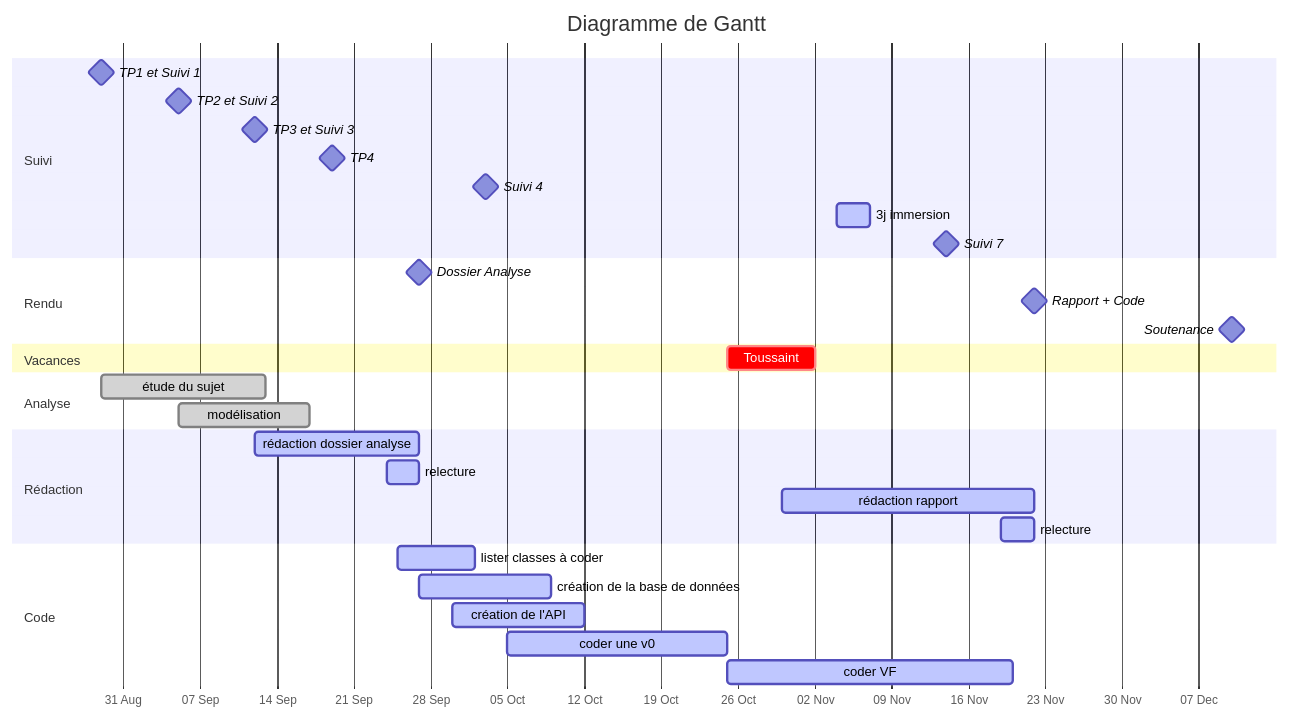
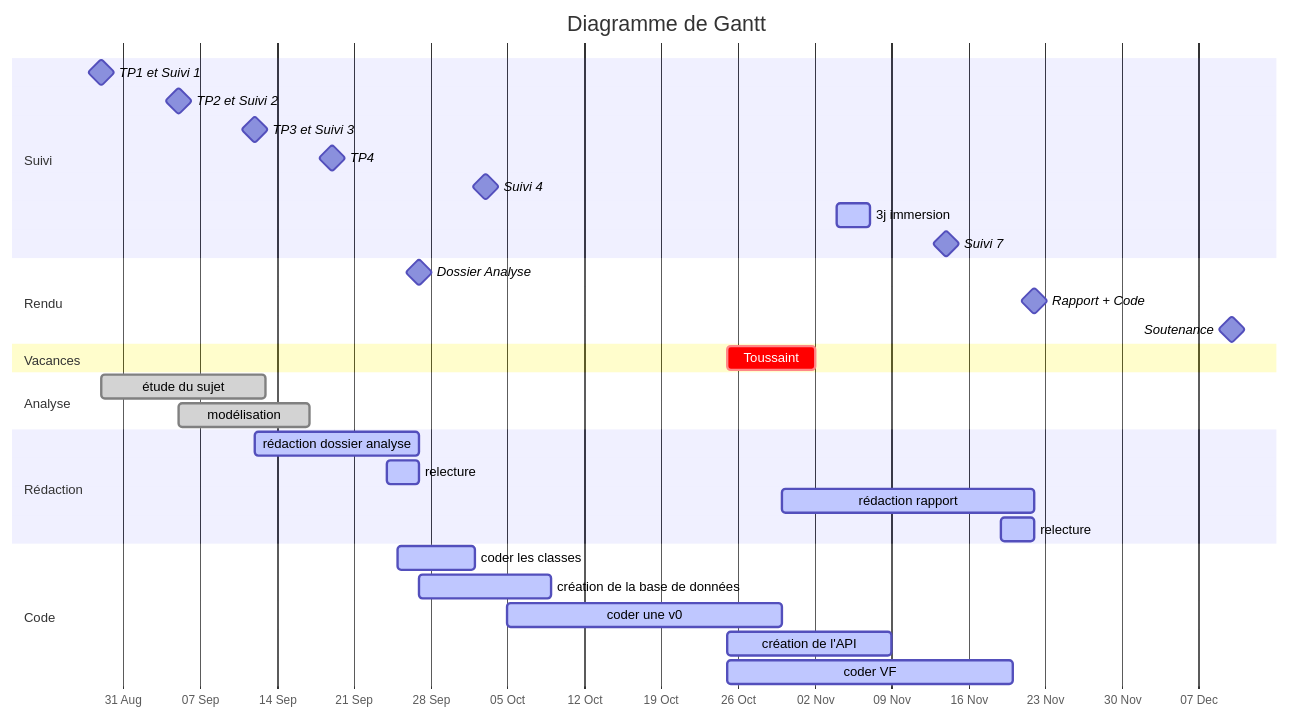
One commit to TeodoraHub/Info-2A-Strava changed the diagram in doc/suivi/suivi.md. Above: the diagram before and after it, drawn with Mermaid. The commit also changed other lines of this file, not shown here.

Commit message:
doc: MAJ suivi équipe

````diff
--- a/doc/suivi/suivi.md
+++ b/doc/suivi/suivi.md
@@ -16,47 +16,47 @@
 ```mermaid
 gantt
     %% doc : https://mermaid-js.github.io/mermaid/#/./gantt
     dateFormat  YYYY-MM-DD
     axisFormat  %d %b
     title       Diagramme de Gantt
     
     %%excludes  YYYY-MM-DD and/or sunday and/or weekends 
      
     
      
     section Suivi
     TP1 et Suivi 1               :milestone, 2025-08-29,
     TP2 et Suivi 2               :milestone, 2025-09-05,
     TP3 et Suivi 3               :milestone, 2025-09-12,
     TP4                          :milestone, 2025-09-19,
     Suivi 4                      :milestone, 2025-10-03,
     3j immersion                 :active,    2025-11-04, 3d
     Suivi 7                      :milestone, 2025-11-14,
     
     section Rendu
     Dossier Analyse              :milestone, 2025-09-27,
     Rapport + Code               :milestone, 2025-11-22,
     Soutenance                   :milestone, 2025-12-10,
     
     section Vacances
     Toussaint                    :crit,    2025-10-25, 2025-11-02
     
     section Analyse
     étude du sujet                :done,    2025-08-29, 15d
     modélisation                 :done,    2025-09-05, 12d
     
     section Rédaction
     rédaction dossier analyse    :active,  2025-09-12, 2025-09-27
     relecture                    :active, dossier,    2025-09-24, 3d
     rédaction rapport            :active,  2025-10-30, 2025-11-22
     relecture                    :active,  rapport,   2025-11-19, 3d
     
     section Code
-    lister classes à coder       :active,    2025-09-25, 7d
+    coder les classes        :active,    2025-09-25, 7d
     création de la base de données  :active,    2025-09-27, 12d
-    création de l'API           :active,    2025-09-30, 12d
-    coder une v0                 :active,    2025-10-05, 20d
+    coder une v0           :active,    2025-10-05, 25d
+    création de l'API                  :active,    2025-10-25,15d
     coder VF                     :active,    2025-10-25, 2025-11-20
     
 
 ```
````
